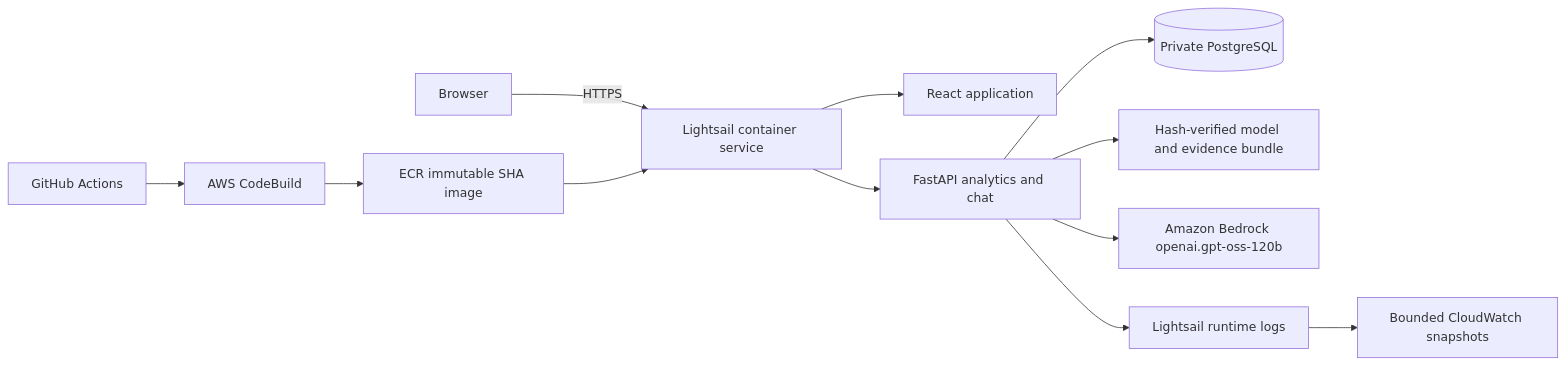
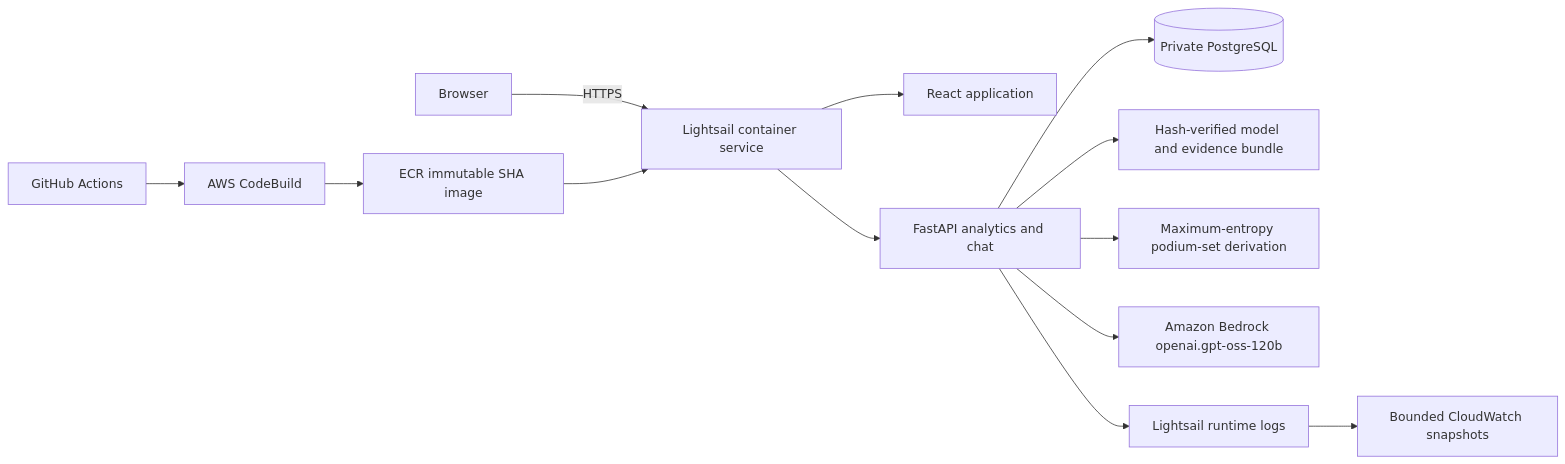
One commit to rayyanpasha89/F1 changed the diagram in docs/architecture.md. Above: the diagram before and after it, drawn with Mermaid. The commit also changed other lines of this file and 9 other files, not shown here.

````diff
--- a/docs/architecture.md
+++ b/docs/architecture.md
@@ -7,14 +7,15 @@
 ```mermaid
 flowchart LR
     U[Browser] -->|HTTPS| L[Lightsail container service]
     L --> R[React application]
     L --> A[FastAPI analytics and chat]
     A --> P[(Private PostgreSQL)]
     A --> M[Hash-verified model and evidence bundle]
+    A --> J[Maximum-entropy podium-set derivation]
     A --> B[Amazon Bedrock openai.gpt-oss-120b]
     A --> O[Lightsail runtime logs]
     O --> C[Bounded CloudWatch snapshots]
     G[GitHub Actions] --> CB[AWS CodeBuild]
     CB --> E[ECR immutable SHA image]
     E --> L
 ```
````
